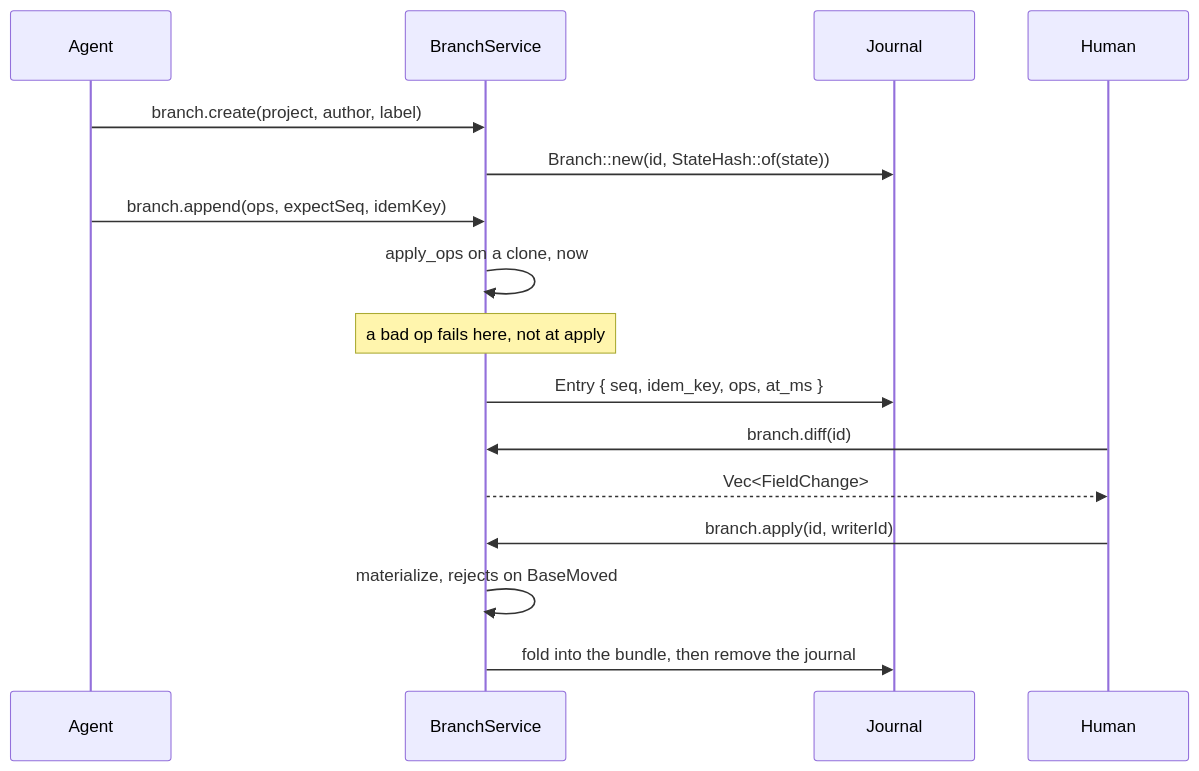
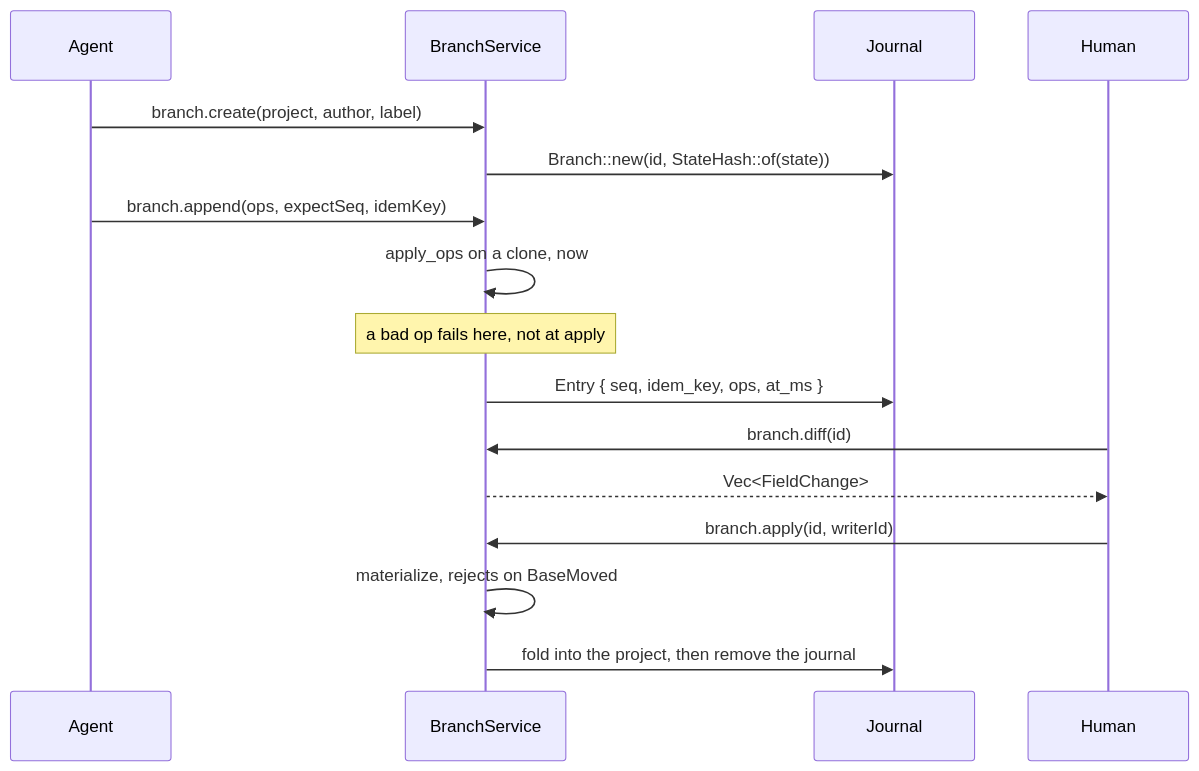
Before and after one commit to kanakkholwal/recast: the second of 2 diagrams in apps/web/content/architecture/agentic-edits-mcp.md, drawn with Mermaid. The commit also changed other lines of this file and 8 other files, not shown here.

````diff
--- a/apps/web/content/architecture/agentic-edits-mcp.md
+++ b/apps/web/content/architecture/agentic-edits-mcp.md
@@ -77,19 +76,19 @@
 ```mermaid
 sequenceDiagram
     participant A as Agent
     participant S as BranchService
     participant J as Journal
     participant H as Human
 
     A->>S: branch.create(project, author, label)
     S->>J: Branch::new(id, StateHash::of(state))
     A->>S: branch.append(ops, expectSeq, idemKey)
     S->>S: apply_ops on a clone, now
     Note over S: a bad op fails here, not at apply
     S->>J: Entry { seq, idem_key, ops, at_ms }
     H->>S: branch.diff(id)
     S-->>H: Vec<FieldChange>
     H->>S: branch.apply(id, writerId)
     S->>S: materialize, rejects on BaseMoved
-    S->>J: fold into the bundle, then remove the journal
+    S->>J: fold into the project, then remove the journal
 ```
````
